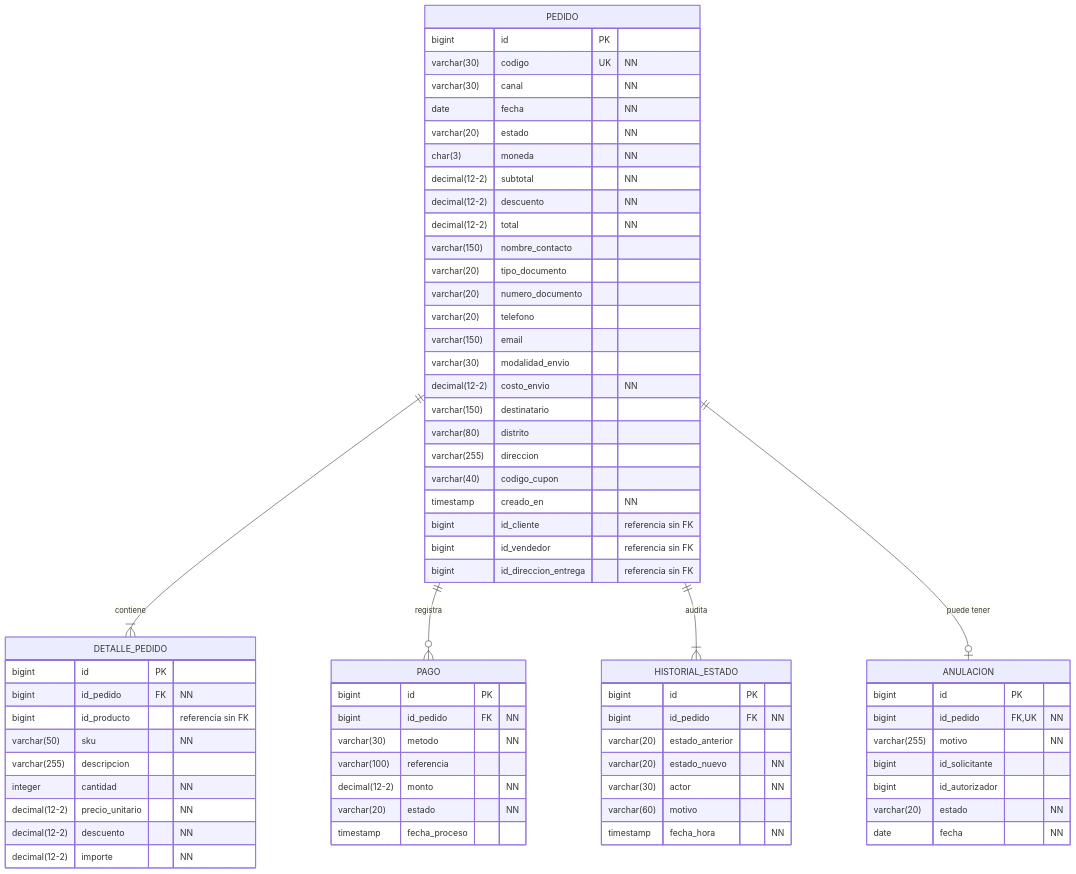
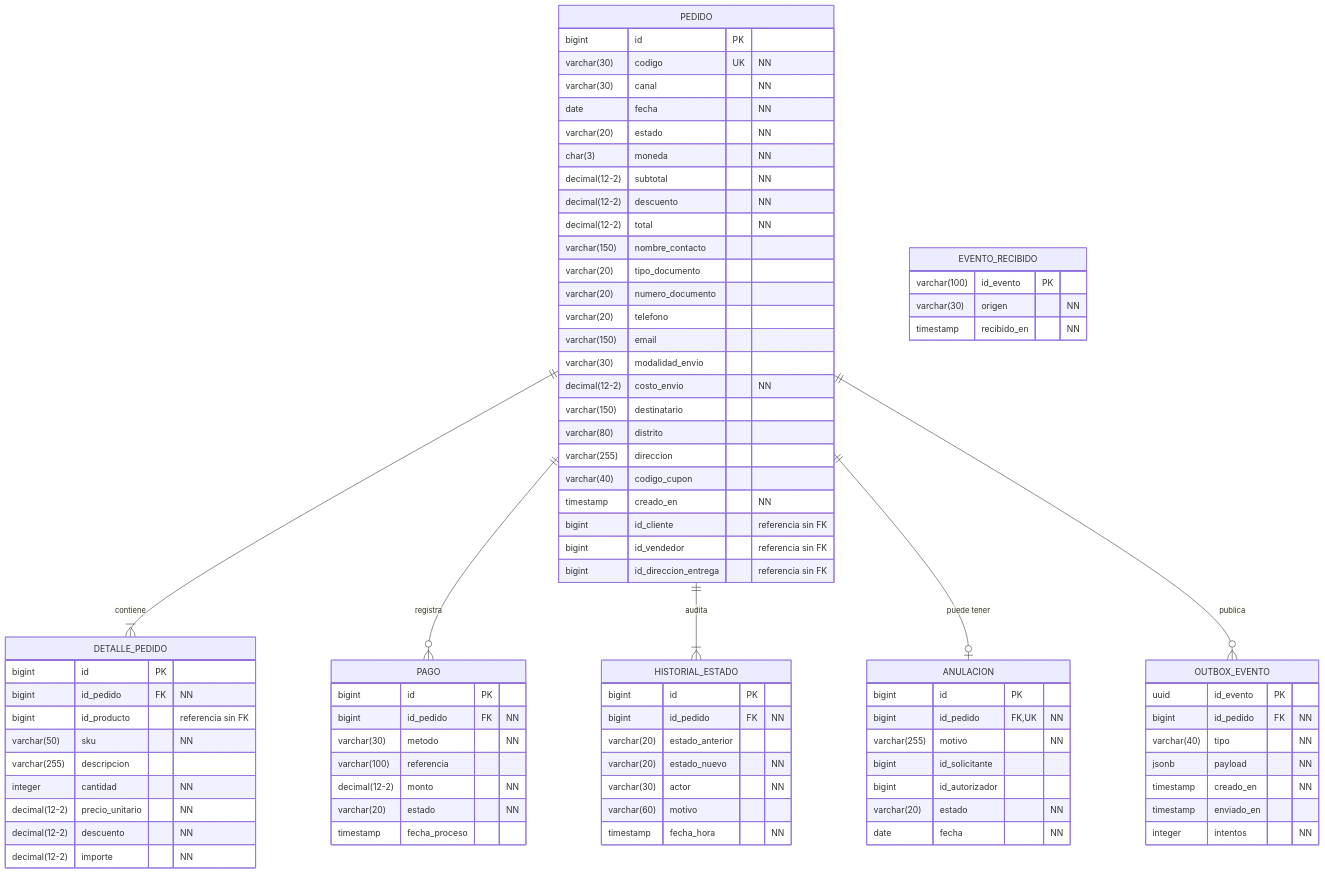
The first of 2 diagrams in diseno/diagramas/bd/diagrama-logico.md (Taller-SW-Web/G5-Ventas-Postventas), drawn with Mermaid before and after one commit. The commit also changed other lines of this file and 11 other files, not shown here.

Commit message:
docs: esquema y diagramas de la bd segun supabase

````diff
--- a/diseno/diagramas/bd/diagrama-logico.md
+++ b/diseno/diagramas/bd/diagrama-logico.md
@@ -17,6 +19,7 @@
     PEDIDO ||--o{ PAGO : registra
     PEDIDO ||--|{ HISTORIAL_ESTADO : audita
     PEDIDO ||--o| ANULACION : "puede tener"
+    PEDIDO ||--o{ OUTBOX_EVENTO : publica
     PEDIDO {
         bigint id PK
         varchar(30) codigo UK "NN"
@@ -81,4 +84,18 @@
         varchar(20) estado "NN"
         date fecha "NN"
     }
+    OUTBOX_EVENTO {
+        uuid id_evento PK
+        bigint id_pedido FK "NN"
+        varchar(40) tipo "NN"
+        jsonb payload "NN"
+        timestamp creado_en "NN"
+        timestamp enviado_en
+        integer intentos "NN"
+    }
+    EVENTO_RECIBIDO {
+        varchar(100) id_evento PK
+        varchar(30) origen "NN"
+        timestamp recibido_en "NN"
+    }
 ```
````
